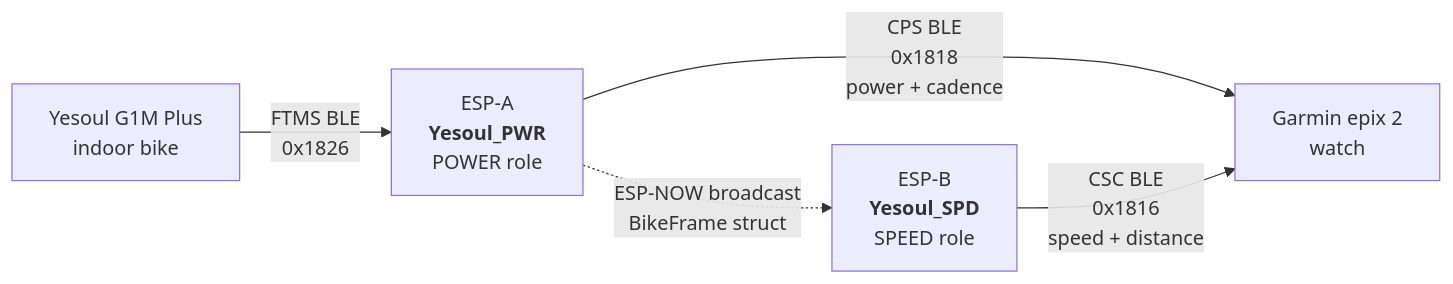
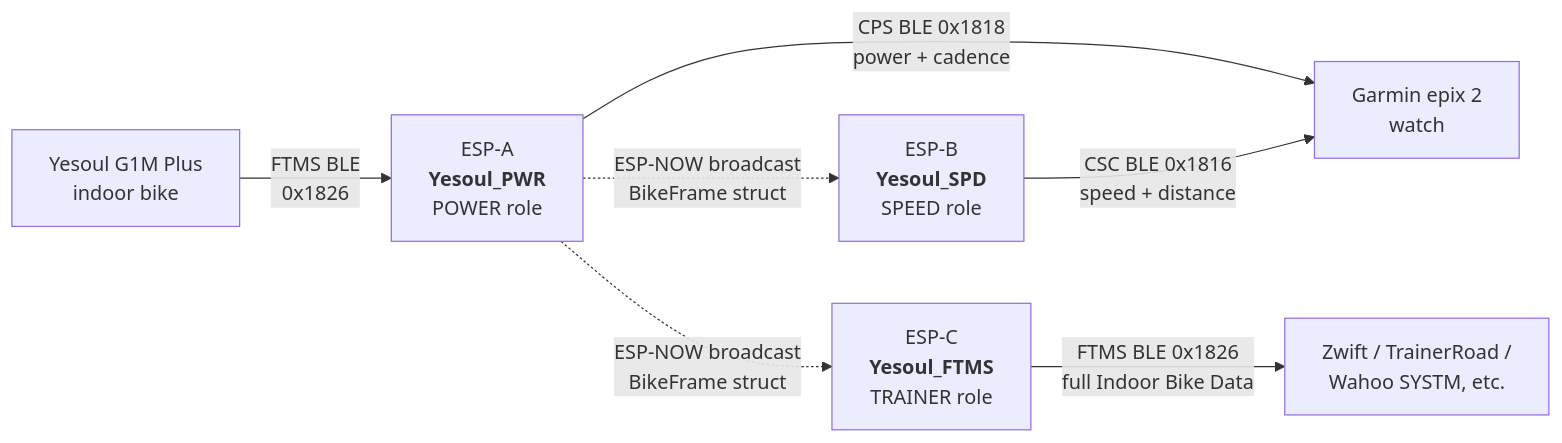
Before and after one commit to Topherr/Yesoul_BLE: the diagram in docs/ARCHITECTURE.md, drawn with Mermaid. The commit also changed other lines of this file and 4 other files, not shown here.

````diff
--- a/docs/ARCHITECTURE.md
+++ b/docs/ARCHITECTURE.md
@@ -5,12 +5,16 @@
 ```mermaid
 flowchart LR
     bike["Yesoul G1M Plus<br/>indoor bike"]
     espA["ESP-A<br/><b>Yesoul_PWR</b><br/>POWER role"]
     espB["ESP-B<br/><b>Yesoul_SPD</b><br/>SPEED role"]
+    espC["ESP-C<br/><b>Yesoul_FTMS</b><br/>TRAINER role"]
     watch["Garmin epix 2<br/>watch"]
+    zwift["Zwift / TrainerRoad /<br/>Wahoo SYSTM, etc."]
 
     bike -->|"FTMS BLE<br/>0x1826"| espA
-    espA -->|"CPS BLE<br/>0x1818<br/>power + cadence"| watch
+    espA -->|"CPS BLE 0x1818<br/>power + cadence"| watch
     espA -.->|"ESP-NOW broadcast<br/>BikeFrame struct"| espB
-    espB -->|"CSC BLE<br/>0x1816<br/>speed + distance"| watch
+    espA -.->|"ESP-NOW broadcast<br/>BikeFrame struct"| espC
+    espB -->|"CSC BLE 0x1816<br/>speed + distance"| watch
+    espC -->|"FTMS BLE 0x1826<br/>full Indoor Bike Data"| zwift
 ```
````
